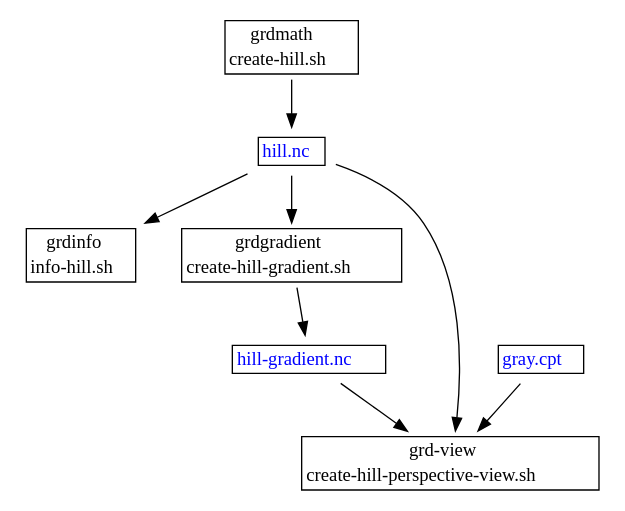
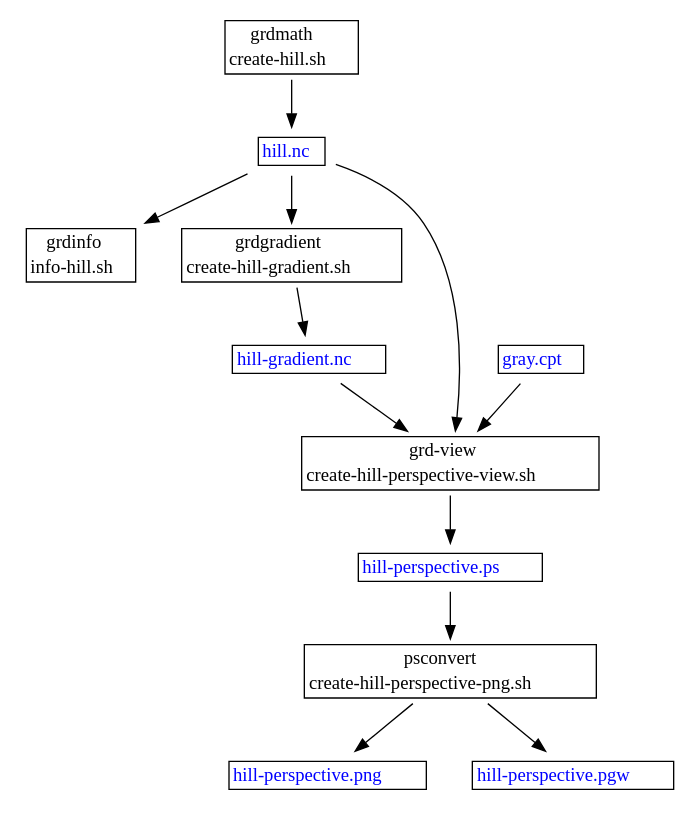
The diagram in programs/calling-sequence.dot (ReneNyffenegger/about-GMT), drawn with Graphviz before and after one commit. The commit also changed 7 other files, not shown here.

```diff
--- a/programs/calling-sequence.dot
+++ b/programs/calling-sequence.dot
@@ -1,72 +1,106 @@
 digraph R {
 
   node [shape=plaintext];
 
   grdmath_create_hill_sh [
     label=<
       <table border="1" cellborder="0" cellspacing="0">
            <tr><td>grdmath</td></tr>
            <tr><td>create-hill.sh</td></tr>
       </table>
     >];
 
   hill_nc [
     label=<
       <table border="1" cellborder="0" cellspacing="0">
            <tr><td><font color="#0000ff">hill.nc</font></td></tr>
       </table>
     >];
 
  grdinfo_info_hill [
  label=<
       <table border="1" cellborder="0" cellspacing="0">
            <tr><td>grdinfo</td></tr>
            <tr><td>info-hill.sh</td></tr>
       </table>
     >
   ];
 
   grdgradient_create_hill_gradient [
     label=<
       <table border="1" cellborder="0" cellspacing="0">
            <tr><td>grdgradient</td></tr>
            <tr><td>create-hill-gradient.sh</td></tr>
       </table>
     >];
 
   hill_gradient_nc [
     label=<
       <table border="1" cellborder="0" cellspacing="0">
            <tr><td><font color="#0000ff">hill-gradient.nc</font></td></tr>
       </table>
     >];
 
   gray_cpt [
     label=<
       <table border="1" cellborder="0" cellspacing="0">
            <tr><td><font color="#0000ff">gray.cpt</font></td></tr>
       </table>
     >];
 
   grdview_create_hill_perspective_view [
     label=<
       <table border="1" cellborder="0" cellspacing="0">
            <tr><td>grd-view</td></tr>
            <tr><td>create-hill-perspective-view.sh</td></tr>
       </table>
     >];
 
+  hill_perspective_ps [
+    label=<
+      <table border="1" cellborder="0" cellspacing="0">
+           <tr><td><font color="#0000ff">hill-perspective.ps</font></td></tr>
+      </table>
+    >];
+
+  psconvert_create_hill_perspective_png [
+    label=<
+      <table border="1" cellborder="0" cellspacing="0">
+           <tr><td>psconvert</td></tr>
+           <tr><td>create-hill-perspective-png.sh</td></tr>
+      </table>
+    >];
+
+  hill_perspective_png [
+    label=<
+      <table border="1" cellborder="0" cellspacing="0">
+           <tr><td><font color="#0000ff">hill-perspective.png</font></td></tr>
+      </table>
+    >];
+
+  hill_perspective_pgw [
+    label=<
+      <table border="1" cellborder="0" cellspacing="0">
+           <tr><td><font color="#0000ff">hill-perspective.pgw</font></td></tr>
+      </table>
+    >];
+
   grdmath_create_hill_sh -> hill_nc;
 
   hill_nc -> grdinfo_info_hill;
 
   hill_nc -> grdgradient_create_hill_gradient;
 
   grdgradient_create_hill_gradient -> hill_gradient_nc;
 
   hill_nc          -> grdview_create_hill_perspective_view;
   hill_gradient_nc -> grdview_create_hill_perspective_view;
   gray_cpt         -> grdview_create_hill_perspective_view;
+  grdview_create_hill_perspective_view -> hill_perspective_ps;
+
+  hill_perspective_ps -> psconvert_create_hill_perspective_png
+  psconvert_create_hill_perspective_png -> hill_perspective_png;
+  psconvert_create_hill_perspective_png -> hill_perspective_pgw;
 
 
 }
```
